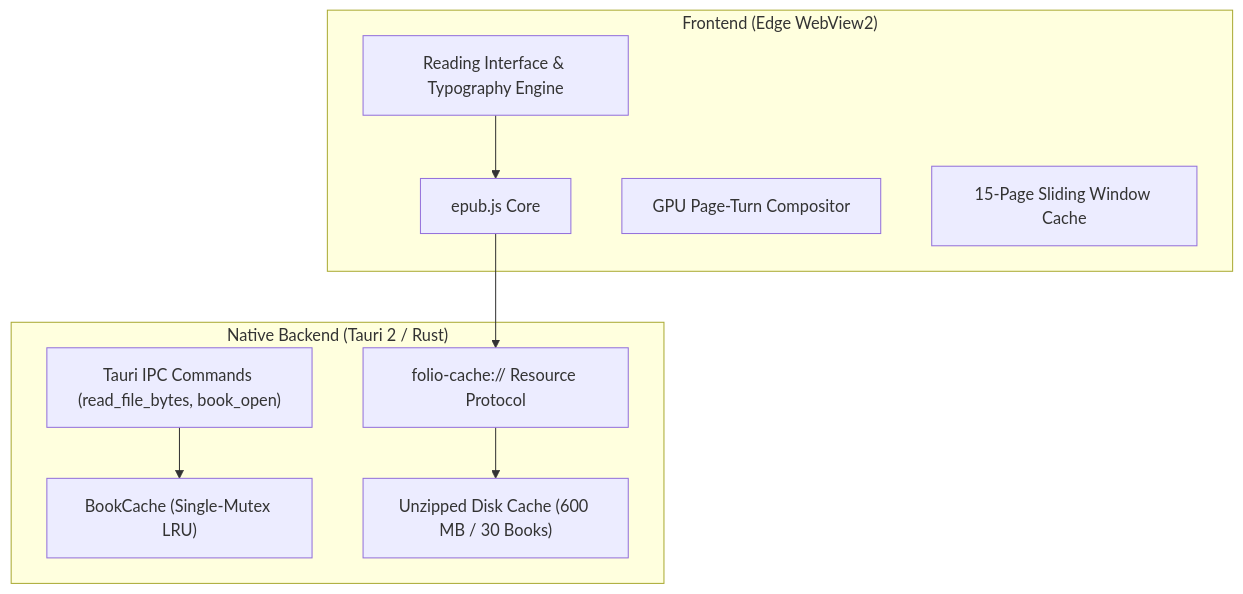
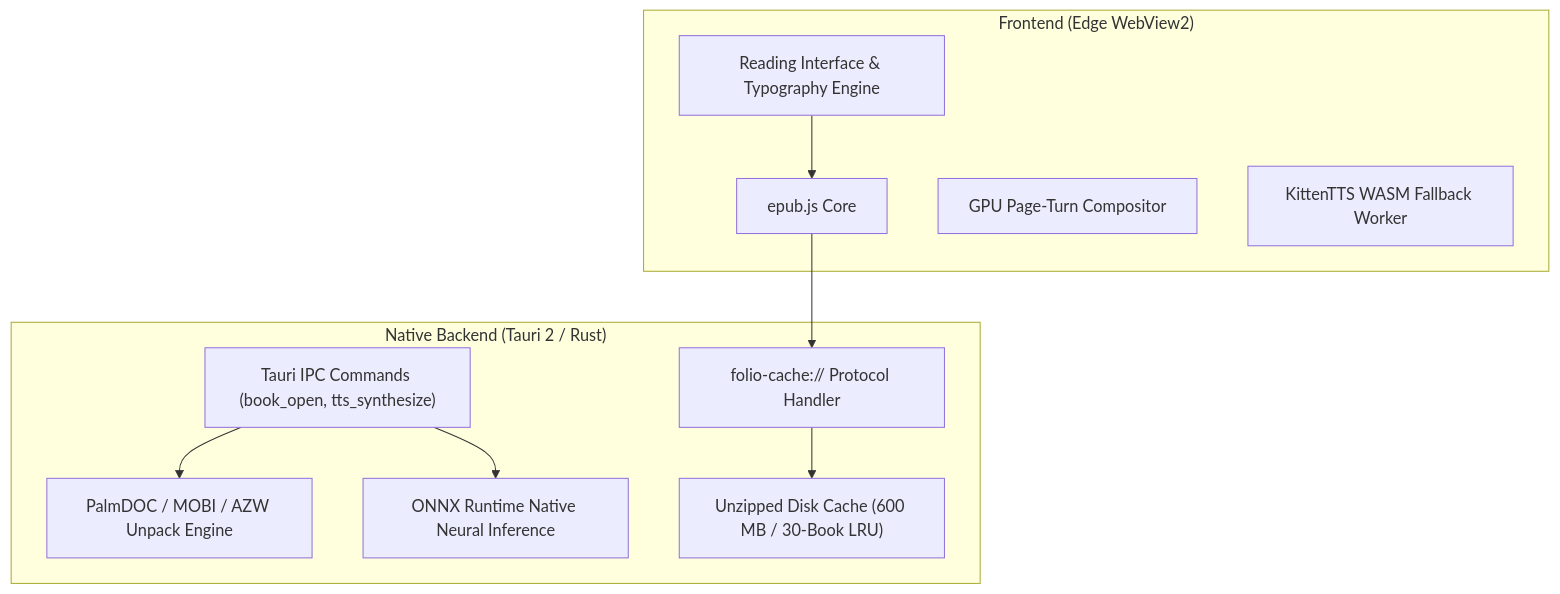
Before and after one commit to rtshiva/folio_ebook_reader: the diagram in README.md, drawn with Mermaid. The commit also changed other lines of this file and 1 other file, not shown here.

````diff
--- a/README.md
+++ b/README.md
@@ -35,21 +59,23 @@
 ```mermaid
 flowchart TD
     subgraph Frontend ["Frontend (Edge WebView2)"]
         UI["Reading Interface & Typography Engine"]
         Renderer["epub.js Core"]
         Turns["GPU Page-Turn Compositor"]
-        WindowCache["15-Page Sliding Window Cache"]
+        TTSWorker["KittenTTS WASM Fallback Worker"]
     end
 
     subgraph Backend ["Native Backend (Tauri 2 / Rust)"]
-        IPC["Tauri IPC Commands (read_file_bytes, book_open)"]
-        CustomProto["folio-cache:// Resource Protocol"]
-        MemCache["BookCache (Single-Mutex LRU)"]
-        DiskStore["Unzipped Disk Cache (600 MB / 30 Books)"]
+        IPC["Tauri IPC Commands (book_open, tts_synthesize)"]
+        CustomProto["folio-cache:// Protocol Handler"]
+        MobiEngine["PalmDOC / MOBI / AZW Unpack Engine"]
+        ORT["ONNX Runtime Native Neural Inference"]
+        DiskStore["Unzipped Disk Cache (600 MB / 30-Book LRU)"]
     end
 
     UI --> Renderer
     Renderer --> CustomProto
     CustomProto --> DiskStore
-    IPC --> MemCache
+    IPC --> MobiEngine
+    IPC --> ORT
 ```
````
